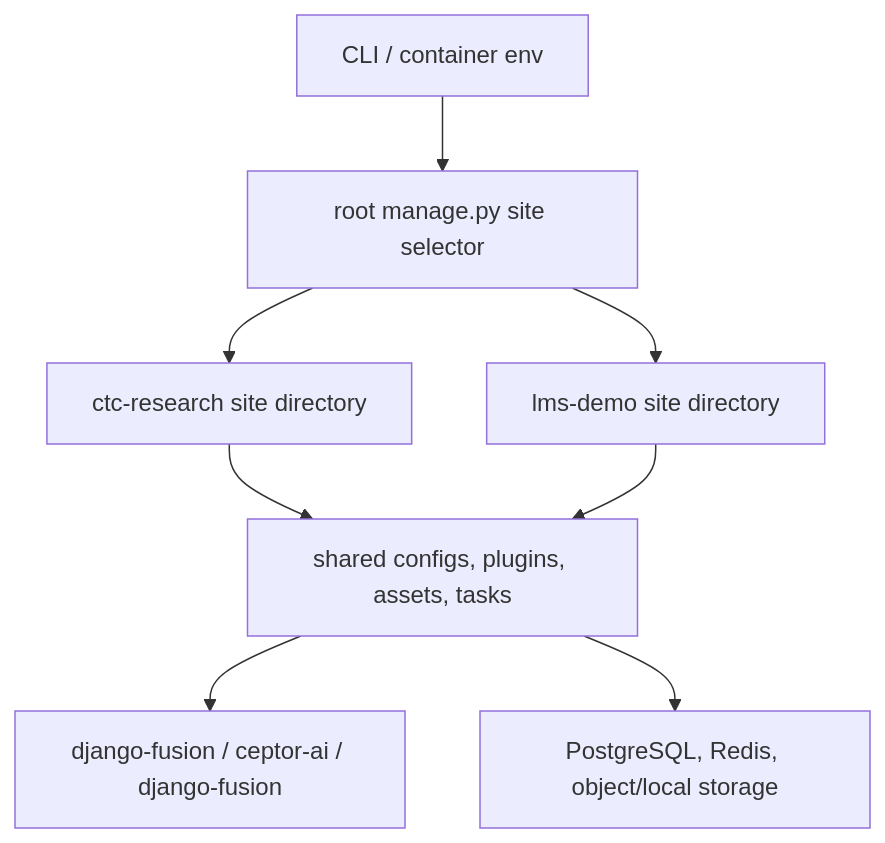
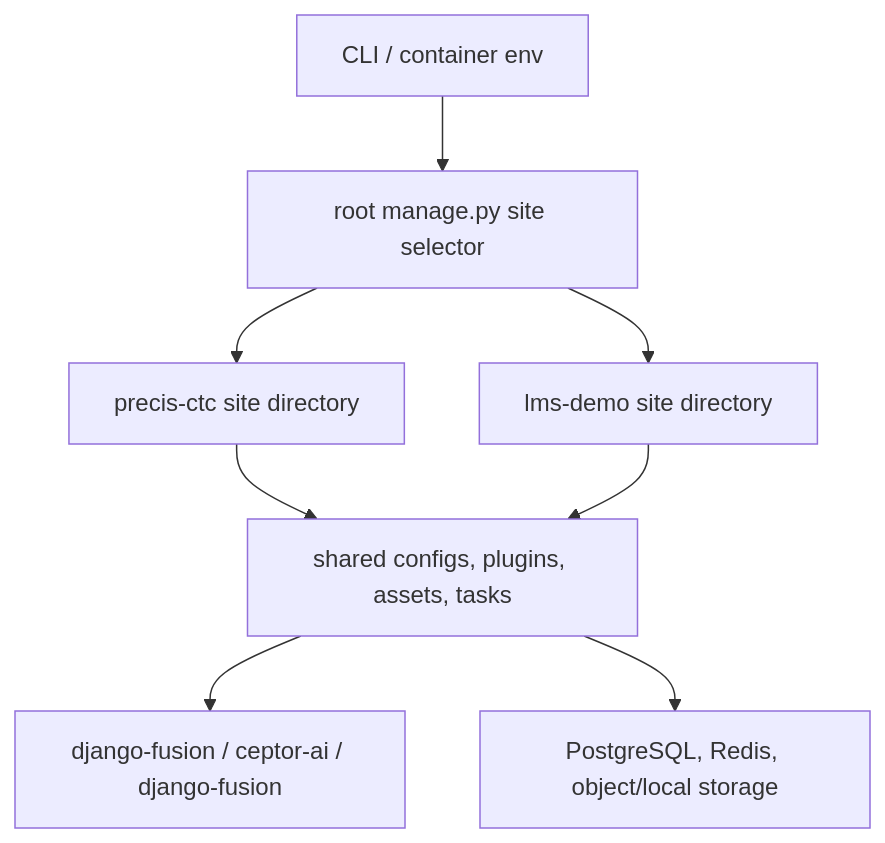
Before and after one commit to mammhoud/django-fusion: the first of 2 diagrams in docs/dev/technical/architecture/unique_architecture.md, drawn with Mermaid. The commit also changed other lines of this file and 8611 other files, not shown here.

````diff
--- a/docs/dev/technical/architecture/unique_architecture.md
+++ b/docs/dev/technical/architecture/unique_architecture.md
@@ -18,10 +18,10 @@
 ```mermaid
 flowchart TD
     CLI[CLI / container env] --> Selector[root manage.py site selector]
-    Selector --> CTC[ctc-research site directory]
+    Selector --> CTC[precis-ctc site directory]
     Selector --> LMS[lms-demo site directory]
     CTC --> Shared[shared configs, plugins, assets, tasks]
     LMS --> Shared
     Shared --> Libs[django-fusion / ceptor-ai / django-fusion]
     Shared --> Infra[PostgreSQL, Redis, object/local storage]
 ```
````
